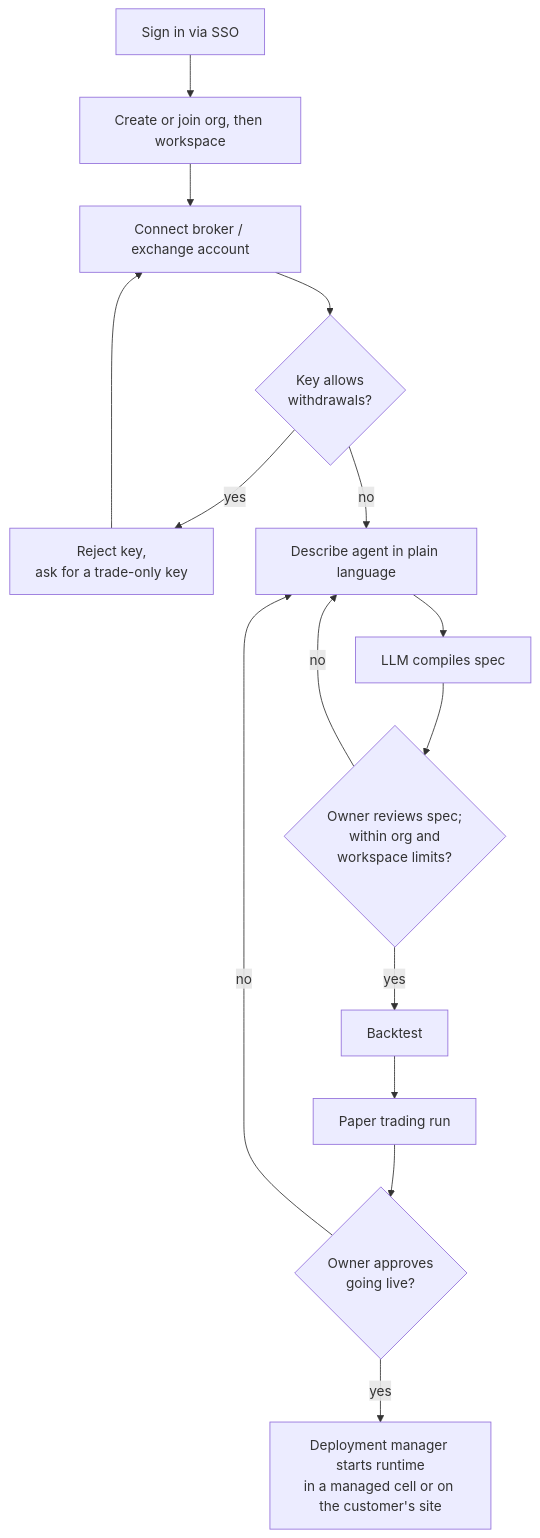
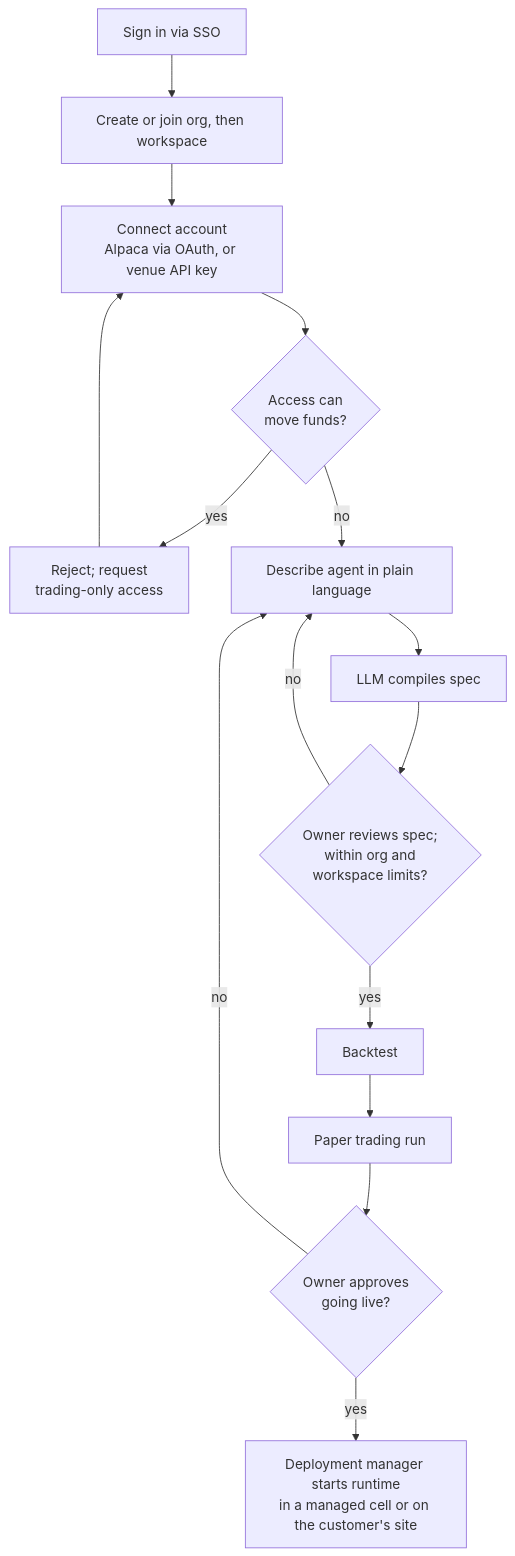
Before and after one commit to kunwarshivam/mandate: the seventh of 10 diagrams in docs/HLD.md, drawn with Mermaid. The commit also changed other lines of this file and 15 other files, not shown here.

````diff
--- a/docs/HLD.md
+++ b/docs/HLD.md
@@ -406,17 +408,17 @@
 ```mermaid
 flowchart TD
     sso["Sign in via SSO"] --> ws["Create or join org, then workspace"]
-    ws --> connect["Connect broker / exchange account"]
-    connect --> check{"Key allows<br/>withdrawals?"}
-    check -->|yes| reject["Reject key,<br/>ask for a trade-only key"]
+    ws --> connect["Connect account<br/>Alpaca via OAuth, or venue API key"]
+    connect --> check{"Access can<br/>move funds?"}
+    check -->|yes| reject["Reject; request<br/>trading-only access"]
     reject --> connect
     check -->|no| describe["Describe agent in plain language"]
     describe --> compile["LLM compiles spec"]
     compile --> review{"Owner reviews spec;<br/>within org and<br/>workspace limits?"}
     review -->|no| describe
     review -->|yes| bt["Backtest"]
     bt --> paper["Paper trading run"]
     paper --> approve{"Owner approves<br/>going live?"}
     approve -->|no| describe
     approve -->|yes| deploy["Deployment manager starts runtime<br/>in a managed cell or on the customer's site"]
 ```
````
